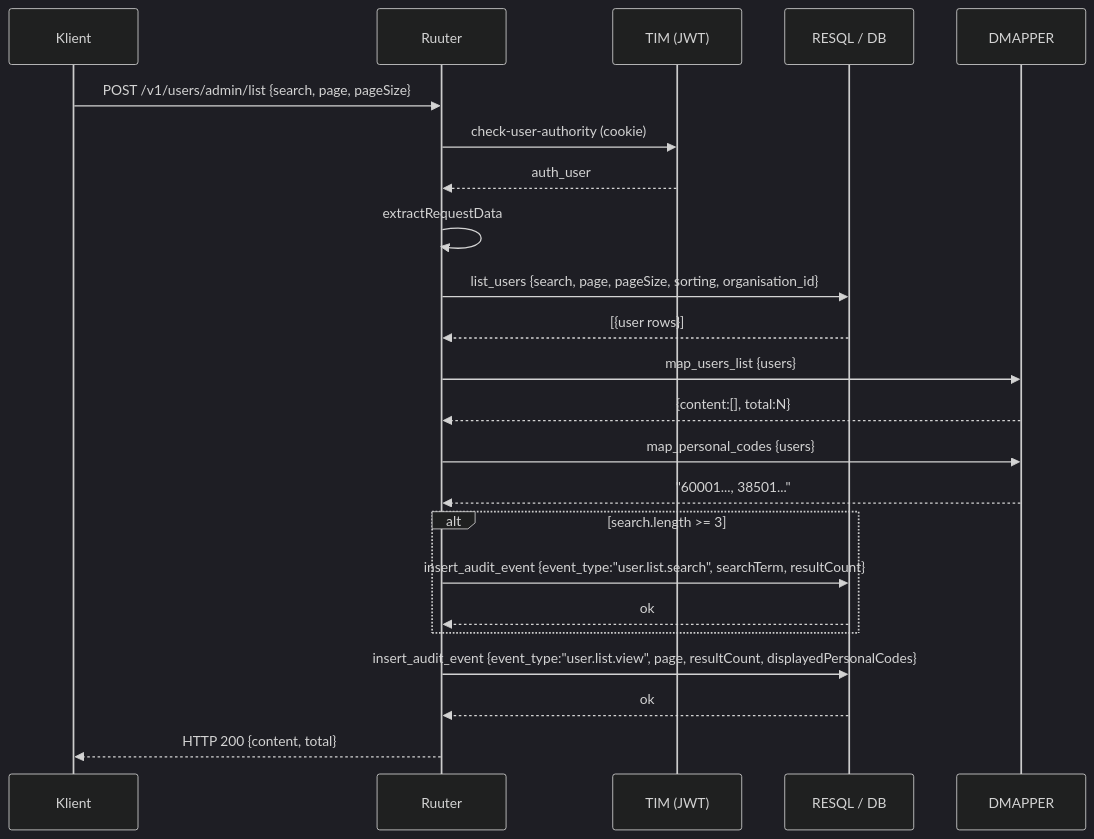
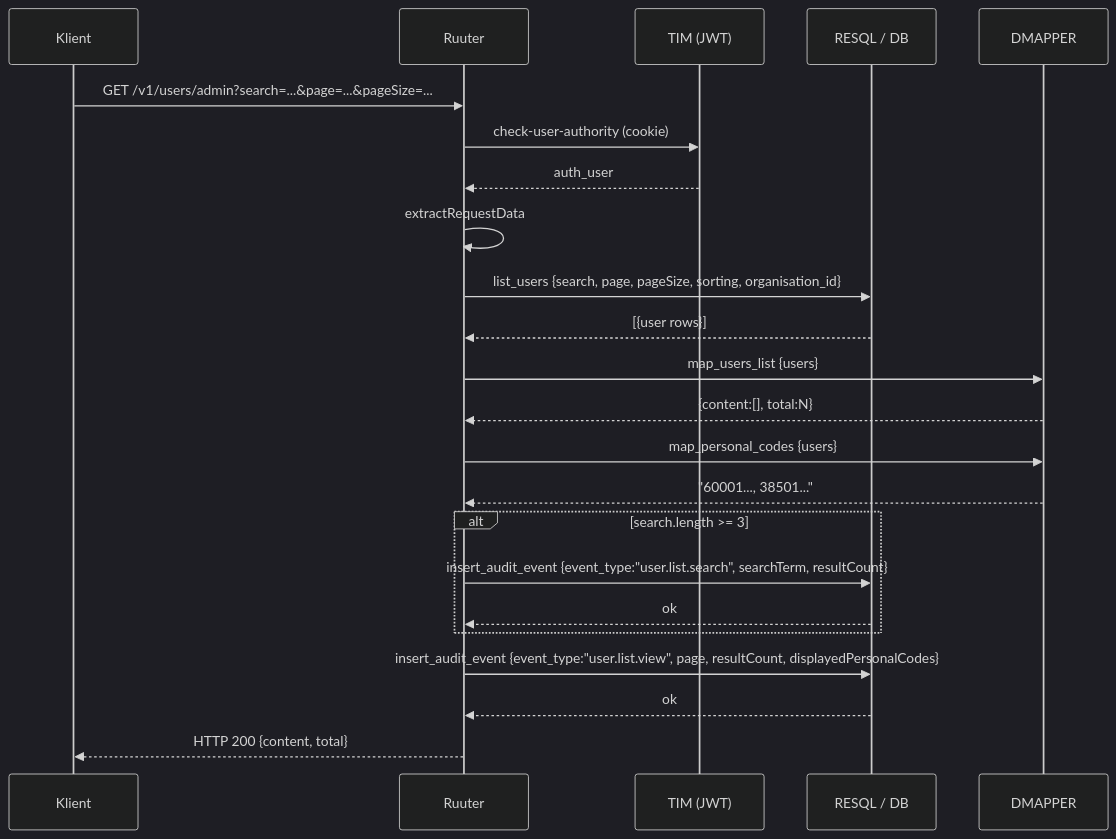
The second of 4 diagrams in docs/audit-logging.md (kemit-ee/ljvis-2), drawn with Mermaid (dark theme) before and after one commit. The commit also changed other lines of this file and 3 other files, not shown here.

````diff
--- a/docs/audit-logging.md
+++ b/docs/audit-logging.md
@@ -194,26 +194,26 @@
 ```mermaid
 sequenceDiagram
     participant K as Klient
     participant R as Ruuter
     participant T as TIM (JWT)
     participant DB as RESQL / DB
     participant DM as DMAPPER
 
-    K->>R: POST /v1/users/admin/list {search, page, pageSize}
+    K->>R: GET /v1/users/admin?search=...&page=...&pageSize=...
     R->>T: check-user-authority (cookie)
     T-->>R: auth_user
     R->>R: extractRequestData
     R->>DB: list_users {search, page, pageSize, sorting, organisation_id}
     DB-->>R: [{user rows}]
     R->>DM: map_users_list {users}
     DM-->>R: {content:[], total:N}
     R->>DM: map_personal_codes {users}
     DM-->>R: "60001..., 38501..."
     alt search.length >= 3
         R->>DB: insert_audit_event {event_type:"user.list.search", searchTerm, resultCount}
         DB-->>R: ok
     end
     R->>DB: insert_audit_event {event_type:"user.list.view", page, resultCount, displayedPersonalCodes}
     DB-->>R: ok
     R-->>K: HTTP 200 {content, total}
 ```
````
